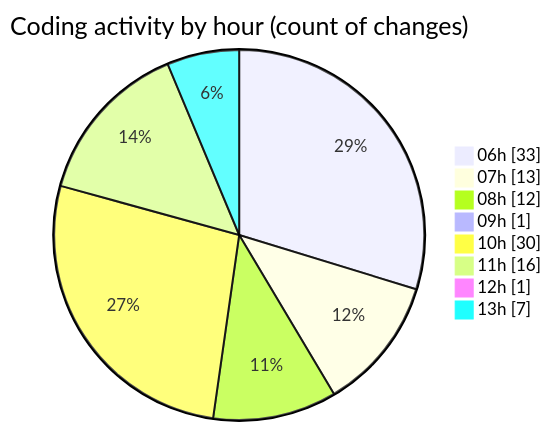
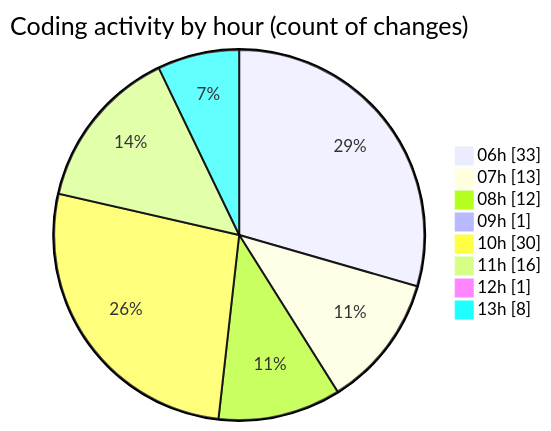
Before and after one commit to charlie-sans/code-tracking: the second of 2 diagrams in 2025-02-21/micros/README.md, drawn with Mermaid. The commit also changed other lines of this file and 1 other file, not shown here.

````diff
--- a/2025-02-21/micros/README.md
+++ b/2025-02-21/micros/README.md
@@ -86,12 +87,12 @@
 ```mermaid
 pie showData
 title Coding activity by hour (count of changes)
 "06h" : 33
 "07h" : 13
 "08h" : 12
 "09h" : 1
 "10h" : 30
 "11h" : 16
 "12h" : 1
-"13h" : 7
+"13h" : 8
 ```
````
